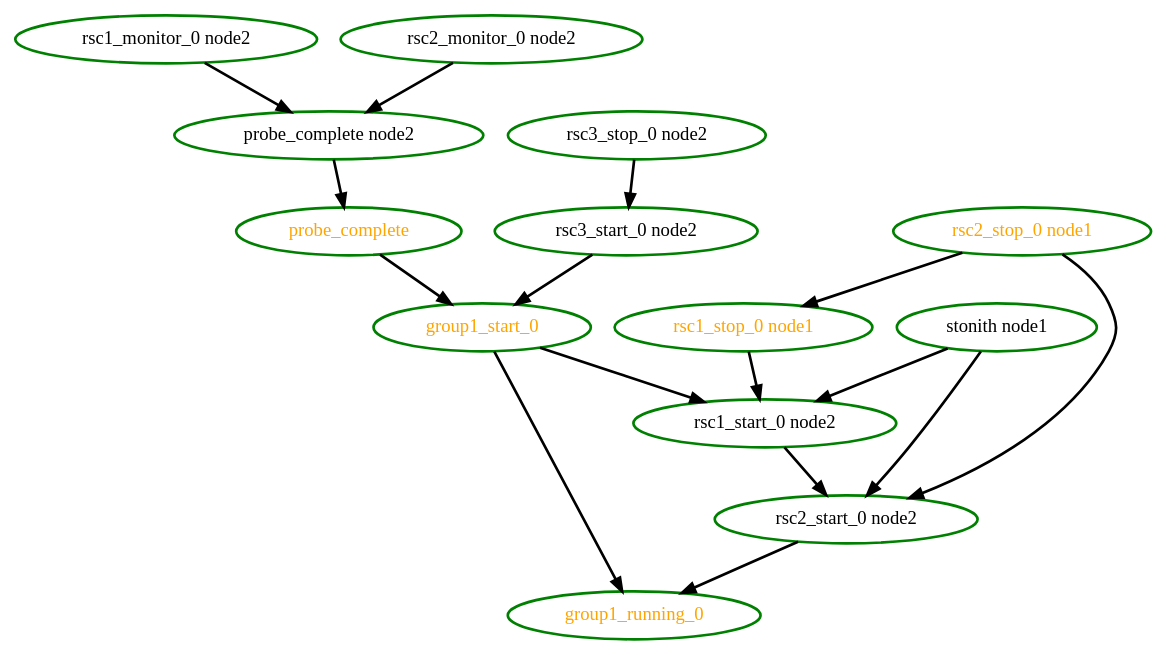
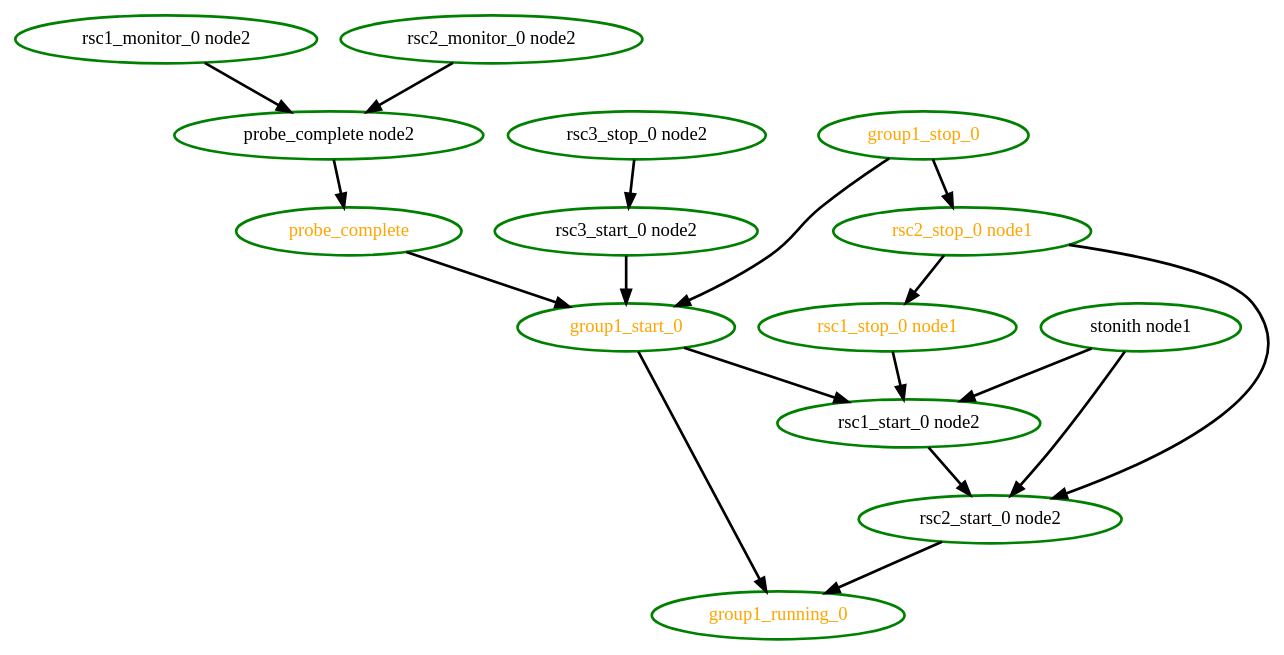
Before and after one commit to richiewen8/heartbeat: the diagram in crm/pengine/testcases/rec-node-11.dot, drawn with Graphviz. The commit also changed 7 other files, not shown here.

```diff
--- a/crm/pengine/testcases/rec-node-11.dot
+++ b/crm/pengine/testcases/rec-node-11.dot
@@ -1,30 +1,33 @@
  digraph "g" {
 "group1_running_0" [ style=bold color="green" fontcolor="orange" ]
 "group1_start_0" -> "group1_running_0" [ style = bold]
 "group1_start_0" -> "rsc1_start_0 node2" [ style = bold]
 "group1_start_0" [ style=bold color="green" fontcolor="orange" ]
+"group1_stop_0" -> "group1_start_0" [ style = bold]
+"group1_stop_0" -> "rsc2_stop_0 node1" [ style = bold]
+"group1_stop_0" [ style=bold color="green" fontcolor="orange" ]
 "probe_complete node2" -> "probe_complete" [ style = bold]
 "probe_complete node2" [ style=bold color="green" fontcolor="black" ]
 "probe_complete" -> "group1_start_0" [ style = bold]
 "probe_complete" [ style=bold color="green" fontcolor="orange" ]
 "rsc1_monitor_0 node2" -> "probe_complete node2" [ style = bold]
 "rsc1_monitor_0 node2" [ style=bold color="green" fontcolor="black" ]
 "rsc1_start_0 node2" -> "rsc2_start_0 node2" [ style = bold]
 "rsc1_start_0 node2" [ style=bold color="green" fontcolor="black" ]
 "rsc1_stop_0 node1" -> "rsc1_start_0 node2" [ style = bold]
 "rsc1_stop_0 node1" [ style=bold color="green" fontcolor="orange" ]
 "rsc2_monitor_0 node2" -> "probe_complete node2" [ style = bold]
 "rsc2_monitor_0 node2" [ style=bold color="green" fontcolor="black" ]
 "rsc2_start_0 node2" -> "group1_running_0" [ style = bold]
 "rsc2_start_0 node2" [ style=bold color="green" fontcolor="black" ]
 "rsc2_stop_0 node1" -> "rsc1_stop_0 node1" [ style = bold]
 "rsc2_stop_0 node1" -> "rsc2_start_0 node2" [ style = bold]
 "rsc2_stop_0 node1" [ style=bold color="green" fontcolor="orange" ]
 "rsc3_start_0 node2" -> "group1_start_0" [ style = bold]
 "rsc3_start_0 node2" [ style=bold color="green" fontcolor="black" ]
 "rsc3_stop_0 node2" -> "rsc3_start_0 node2" [ style = bold]
 "rsc3_stop_0 node2" [ style=bold color="green" fontcolor="black" ]
 "stonith node1" -> "rsc1_start_0 node2" [ style = bold]
 "stonith node1" -> "rsc2_start_0 node2" [ style = bold]
 "stonith node1" [ style=bold color="green" fontcolor="black" ]
 }
```
